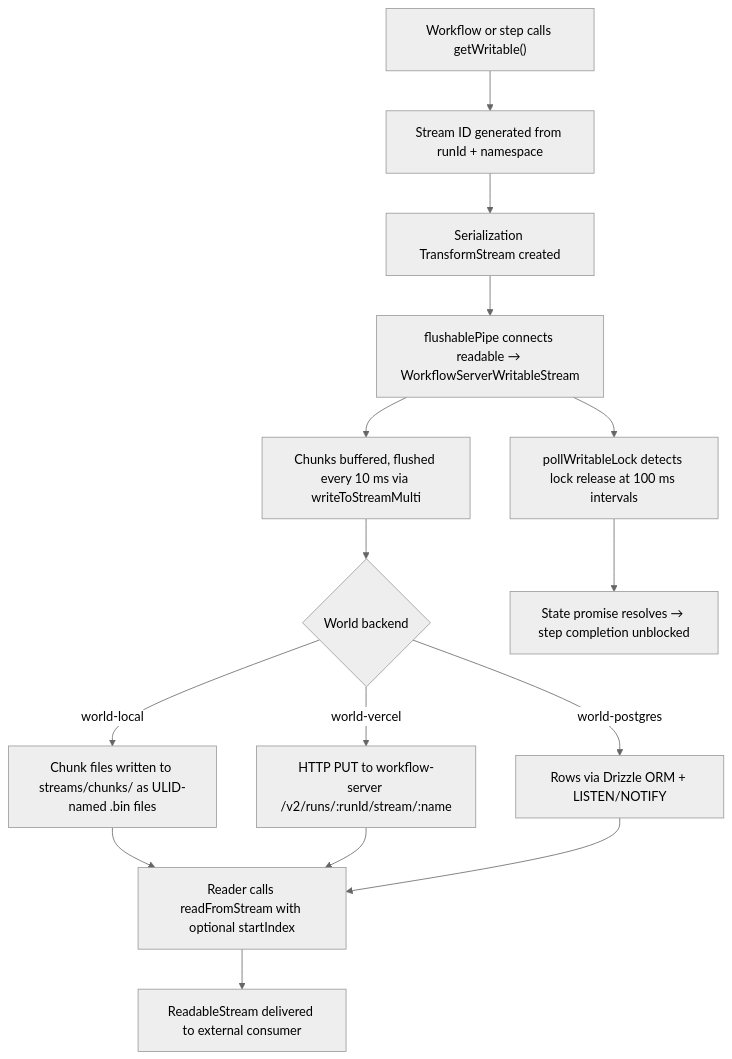
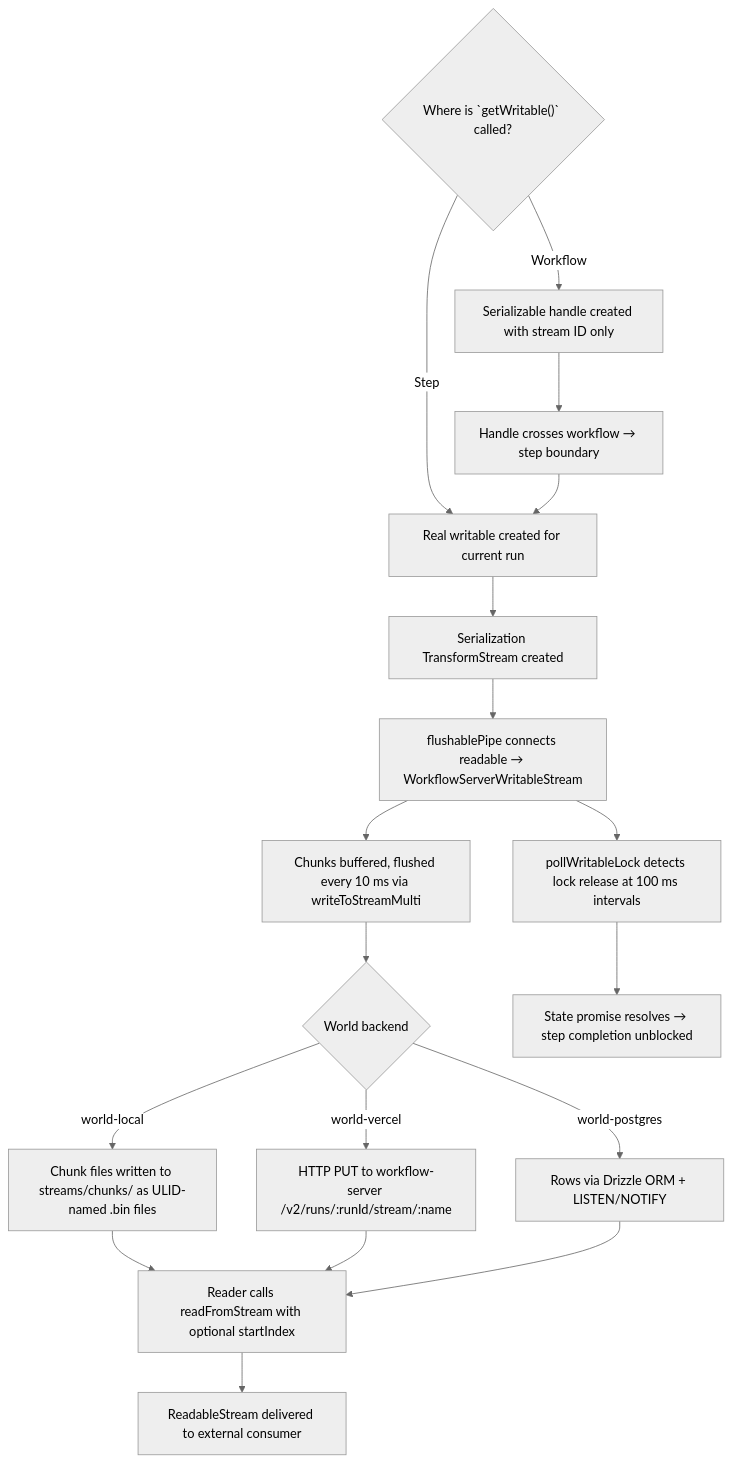
The diagram in docs/content/deep-dives/durable-streaming-reference.mdx (yikZero/workflow), drawn with Mermaid (neutral theme) before and after one commit. The commit also changed other lines of this file and 3 other files, not shown here.

````diff
--- a/docs/content/deep-dives/durable-streaming-reference.mdx
+++ b/docs/content/deep-dives/durable-streaming-reference.mdx
@@ -49,17 +49,21 @@
 ```mermaid
 flowchart TD
-    A["Workflow or step calls getWritable()"] --> B["Stream ID generated from runId + namespace"]
-    B --> C["Serialization TransformStream created"]
-    C --> D["flushablePipe connects readable → WorkflowServerWritableStream"]
-    D --> E["Chunks buffered, flushed every 10 ms via writeToStreamMulti"]
-    E --> F{"World backend"}
-    F -->|"world-local"| G["Chunk files written to streams/chunks/ as ULID-named .bin files"]
-    F -->|"world-vercel"| H["HTTP PUT to workflow-server /v2/runs/:runId/stream/:name"]
-    F -->|"world-postgres"| P["Rows via Drizzle ORM + LISTEN/NOTIFY"]
-    G --> I["Reader calls readFromStream with optional startIndex"]
-    H --> I
-    P --> I
-    I --> J["ReadableStream delivered to external consumer"]
-    D --> K["pollWritableLock detects lock release at 100 ms intervals"]
-    K --> L["State promise resolves → step completion unblocked"]
+    A{"Where is `getWritable()` called?"}
+    A -->|"Workflow"| B["Serializable handle created with stream ID only"]
+    B --> C["Handle crosses workflow → step boundary"]
+    A -->|"Step"| D["Real writable created for current run"]
+    C --> D
+    D --> E["Serialization TransformStream created"]
+    E --> F["flushablePipe connects readable → WorkflowServerWritableStream"]
+    F --> G["Chunks buffered, flushed every 10 ms via writeToStreamMulti"]
+    G --> H{"World backend"}
+    H -->|"world-local"| I["Chunk files written to streams/chunks/ as ULID-named .bin files"]
+    H -->|"world-vercel"| J["HTTP PUT to workflow-server /v2/runs/:runId/stream/:name"]
+    H -->|"world-postgres"| K["Rows via Drizzle ORM + LISTEN/NOTIFY"]
+    I --> L["Reader calls readFromStream with optional startIndex"]
+    J --> L
+    K --> L
+    L --> M["ReadableStream delivered to external consumer"]
+    F --> N["pollWritableLock detects lock release at 100 ms intervals"]
+    N --> O["State promise resolves → step completion unblocked"]
 ```
````
